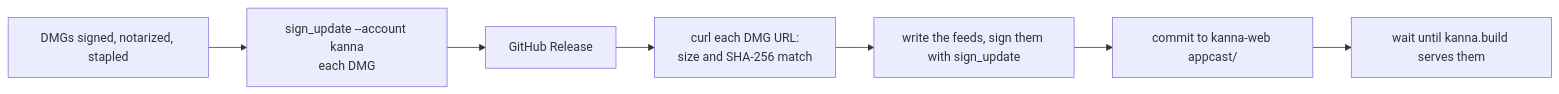
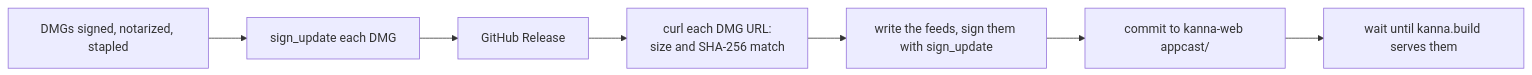
One commit to tampopogk/kanna changed the second of 3 diagrams in docs/specs/auto-update.md. Above: the diagram before and after it, drawn with Mermaid. The commit also changed other lines of this file and 7 other files, not shown here.

````diff
--- a/docs/specs/auto-update.md
+++ b/docs/specs/auto-update.md
@@ -129,9 +129,9 @@
 ```mermaid
 flowchart LR
-    D["DMGs signed, notarized, stapled"] --> S["sign_update --account kanna<br/>each DMG"]
+    D["DMGs signed, notarized, stapled"] --> S["sign_update each DMG"]
     S --> R["GitHub Release"]
     R --> C["curl each DMG URL:<br/>size and SHA-256 match"]
     C --> F["write the feeds, sign them with sign_update"]
     F --> W["commit to kanna-web appcast/"]
     W --> P["wait until kanna.build serves them"]
 ```
````
